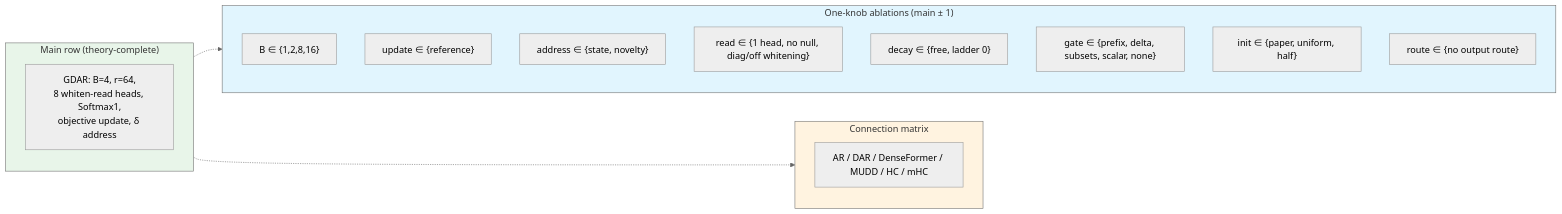
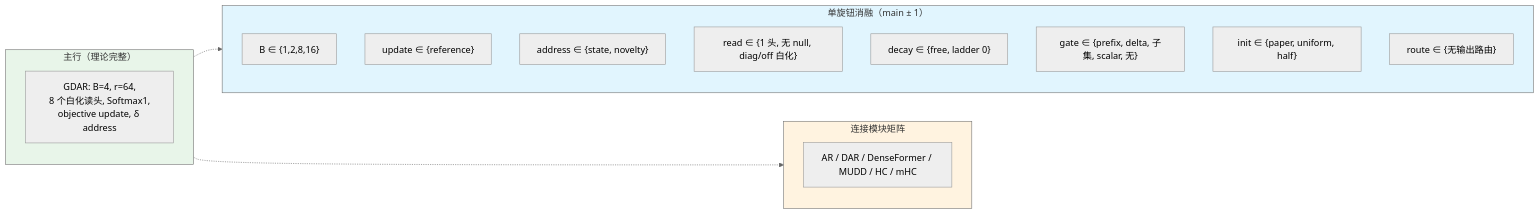
Before and after one commit to zongzhilou/shensi: the second of 2 diagrams in src/shensi/recipes/paper/gated_delta_attn_res/README.md, drawn with Mermaid (neutral theme). The commit also changed other lines of this file and 9 other files, not shown here.

````diff
--- a/src/shensi/recipes/paper/gated_delta_attn_res/README.md
+++ b/src/shensi/recipes/paper/gated_delta_attn_res/README.md
@@ -201,24 +196,24 @@
 ```mermaid
 flowchart LR
-    subgraph main["Main row (theory-complete)"]
-        m["GDAR: B=4, r=64,<br/>8 whiten-read heads, Softmax1,<br/>objective update, δ address"]
+    subgraph main["主行（理论完整）"]
+        m["GDAR: B=4, r=64,<br/>8 个白化读头, Softmax1,<br/>objective update, δ address"]
     end
-    subgraph knobs["One-knob ablations (main ± 1)"]
+    subgraph knobs["单旋钮消融（main ± 1）"]
         k1["B ∈ {1,2,8,16}"]
         k2["update ∈ {reference}"]
         k3["address ∈ {state, novelty}"]
-        k4["read ∈ {1 head, no null, diag/off whitening}"]
+        k4["read ∈ {1 头, 无 null, diag/off 白化}"]
         k5["decay ∈ {free, ladder 0}"]
-        k6["gate ∈ {prefix, delta, subsets, scalar, none}"]
+        k6["gate ∈ {prefix, delta, 子集, scalar, 无}"]
         k7["init ∈ {paper, uniform, half}"]
-        k8["route ∈ {no output route}"]
+        k8["route ∈ {无输出路由}"]
     end
-    subgraph mods["Connection matrix"]
+    subgraph mods["连接模块矩阵"]
         c1["AR / DAR / DenseFormer / MUDD / HC / mHC"]
     end
     main -.-> knobs
     main -.-> mods
     style main fill:#e8f5e9
     style knobs fill:#e1f5fe
     style mods fill:#fff3e0
 ```
````
